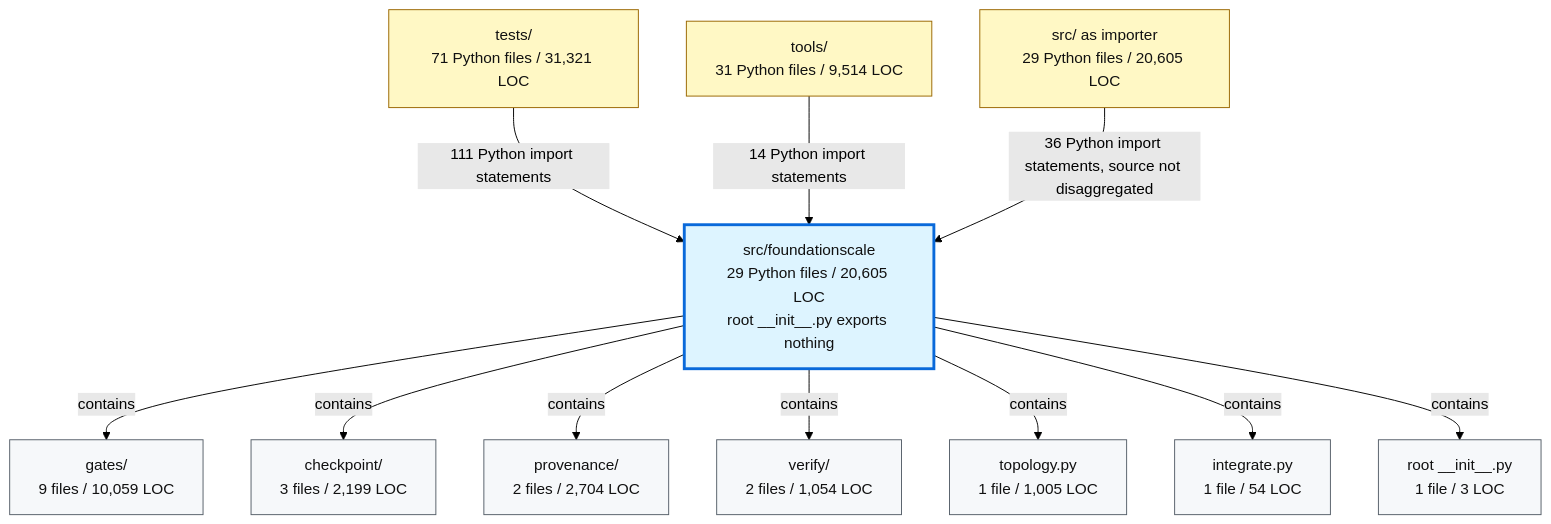
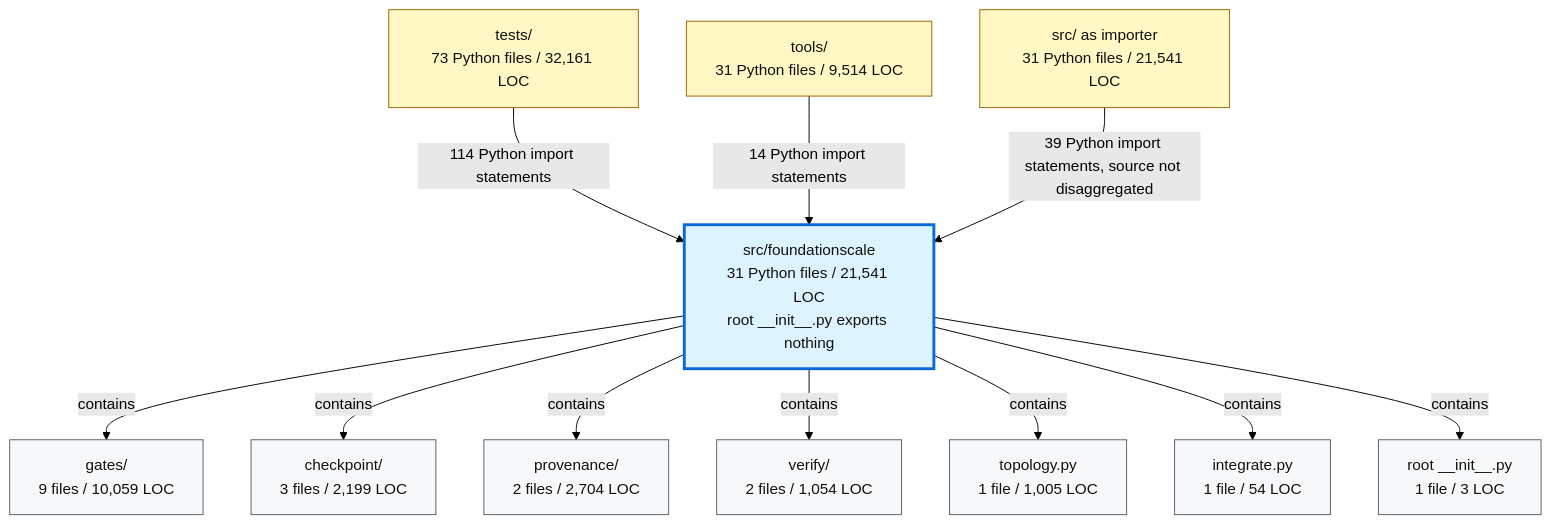
One commit to TranNhiem/FoundationScale changed the second of 2 diagrams in docs/review/D2_current_architecture.md. Above: the diagram before and after it, drawn with Mermaid (forest theme). The commit also changed other lines of this file and 18 other files, not shown here.

````diff
--- a/docs/review/D2_current_architecture.md
+++ b/docs/review/D2_current_architecture.md
@@ -97,36 +97,36 @@
 ```mermaid
 flowchart TB
-  TESTS["tests/<br/>71 Python files / 31,321 LOC"]
+  TESTS["tests/<br/>73 Python files / 32,161 LOC"]
   TOOLS["tools/<br/>31 Python files / 9,514 LOC"]
-  SRC["src/ as importer<br/>29 Python files / 20,605 LOC"]
+  SRC["src/ as importer<br/>31 Python files / 21,541 LOC"]
 
-  FS["src/foundationscale<br/>29 Python files / 20,605 LOC<br/>root __init__.py exports nothing"]
+  FS["src/foundationscale<br/>31 Python files / 21,541 LOC<br/>root __init__.py exports nothing"]
 
   GATES["gates/<br/>9 files / 10,059 LOC"]
   CKPT["checkpoint/<br/>3 files / 2,199 LOC"]
   PROV["provenance/<br/>2 files / 2,704 LOC"]
   VERIFY["verify/<br/>2 files / 1,054 LOC"]
   TOPO["topology.py<br/>1 file / 1,005 LOC"]
   INTEG["integrate.py<br/>1 file / 54 LOC"]
   ROOT["root __init__.py<br/>1 file / 3 LOC"]
 
-  TESTS -->|"111 Python import statements"| FS
+  TESTS -->|"114 Python import statements"| FS
   TOOLS -->|"14 Python import statements"| FS
-  SRC -->|"36 Python import statements, source not disaggregated"| FS
+  SRC -->|"39 Python import statements, source not disaggregated"| FS
 
   FS -->|"contains"| GATES
   FS -->|"contains"| CKPT
   FS -->|"contains"| PROV
   FS -->|"contains"| VERIFY
   FS -->|"contains"| TOPO
   FS -->|"contains"| INTEG
   FS -->|"contains"| ROOT
 
   classDef consumer fill:#fff8c5,stroke:#9a6700,color:#111;
   classDef package fill:#ddf4ff,stroke:#0969da,stroke-width:3px,color:#111;
   classDef module fill:#f6f8fa,stroke:#57606a,color:#111;
 
   class TESTS,TOOLS,SRC consumer;
   class FS package;
   class GATES,CKPT,PROV,VERIFY,TOPO,INTEG,ROOT module;
 ```
````
